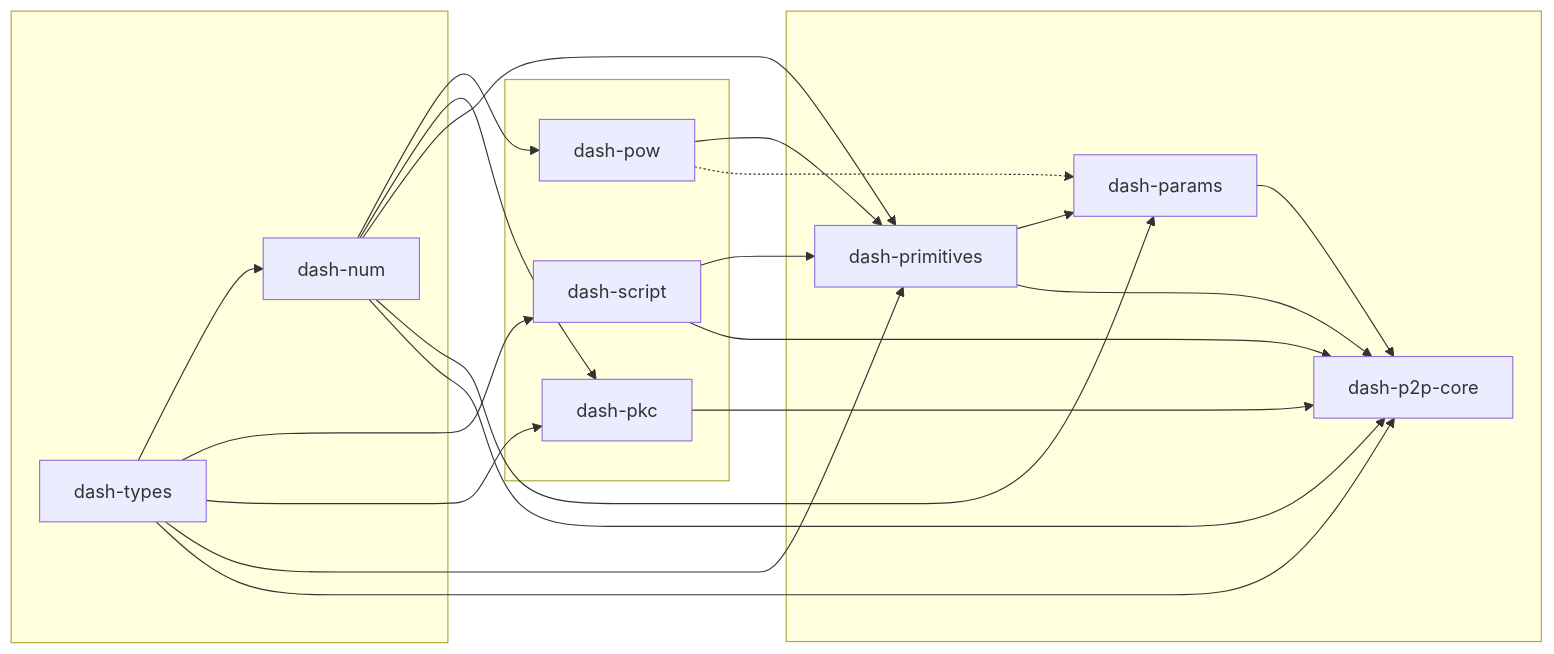
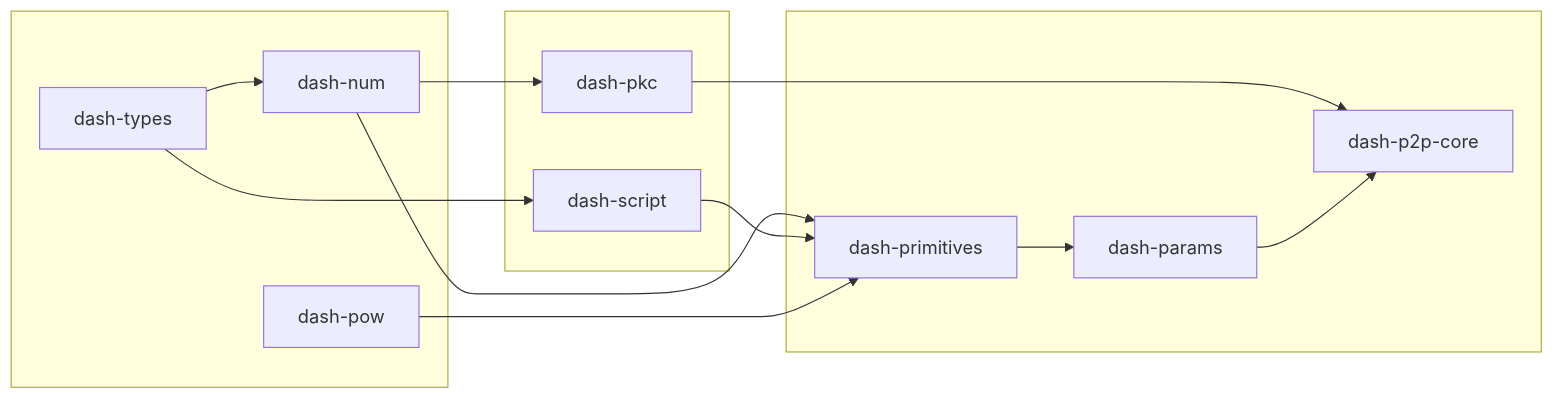
Before and after one commit to dashpay/base-sdk: the diagram in README.md, drawn with Mermaid. The commit also changed other lines of this file, not shown here.

Commit message:
sdk%doc: update `dash-pow` place in simplified graph, `k256` -> `ecdsa`

````diff
--- a/README.md
+++ b/README.md
@@ -38,36 +38,28 @@
 ```mermaid
+%%{init: { "flowchart": { "curve": "basis" } } }%%
 graph LR
   subgraph " "
     types[dash-types]
     num[dash-num]
+    pow[dash-pow]
   end
   subgraph "  "
     script[dash-script]
-    pow[dash-pow]
     pkc[dash-pkc]
   end
   subgraph "   "
     primitives[dash-primitives]
     params[dash-params]
     p2p_core[dash-p2p-core]
   end
 
   types --> num
   types --> script
-  types --> pkc
-  types --> primitives
-  types --> p2p_core
-  num --> pow
   num --> pkc
   num --> primitives
-  num --> params
-  num --> p2p_core
   script --> primitives
-  script --> p2p_core
   pkc --> p2p_core
   pow --> primitives
-  pow -.-> params
   primitives --> params
-  primitives --> p2p_core
   params --> p2p_core
 ```
````
